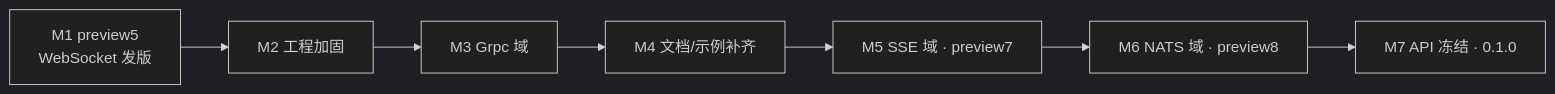
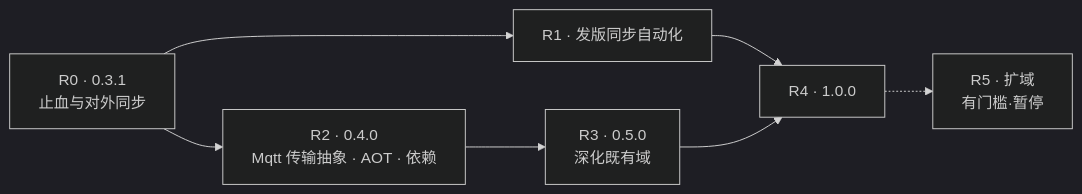
Before and after one commit to Skymly/Observables: the diagram in docs/ROADMAP.md, drawn with Mermaid (dark theme). The commit also changed other lines of this file and 5 other files, not shown here.

First line of the commit message:
Reset the roadmap around R0-R5 after 0.3.1

````diff
--- a/docs/ROADMAP.md
+++ b/docs/ROADMAP.md
@@ -52,9 +28,9 @@
 ```mermaid
 graph LR
-    M1[M1 preview5<br/>WebSocket 发版] --> M2[M2 工程加固]
-    M2 --> M3[M3 Grpc 域]
-    M3 --> M4[M4 文档/示例补齐]
-    M4 --> M5[M5 SSE 域 · preview7]
-    M5 --> M6[M6 NATS 域 · preview8]
-    M6 --> M7[M7 API 冻结 · 0.1.0]
+    R0[R0 · 0.3.1<br/>止血与对外同步] --> R1[R1 · 发版同步自动化]
+    R0 --> R2[R2 · 0.4.0<br/>Mqtt 传输抽象 · AOT · 依赖]
+    R2 --> R3[R3 · 0.5.0<br/>深化既有域]
+    R1 --> R4[R4 · 1.0.0]
+    R3 --> R4
+    R4 -.-> R5[R5 · 扩域<br/>有门槛·暂停]
 ```
````
